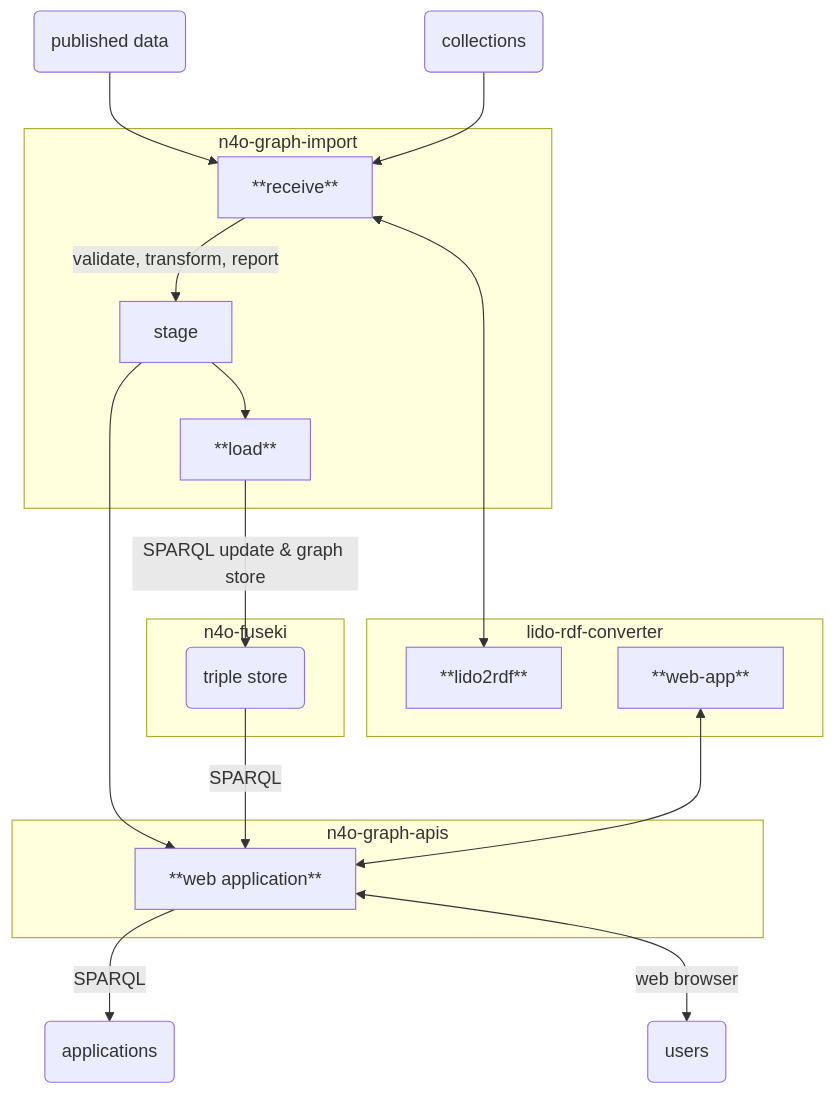
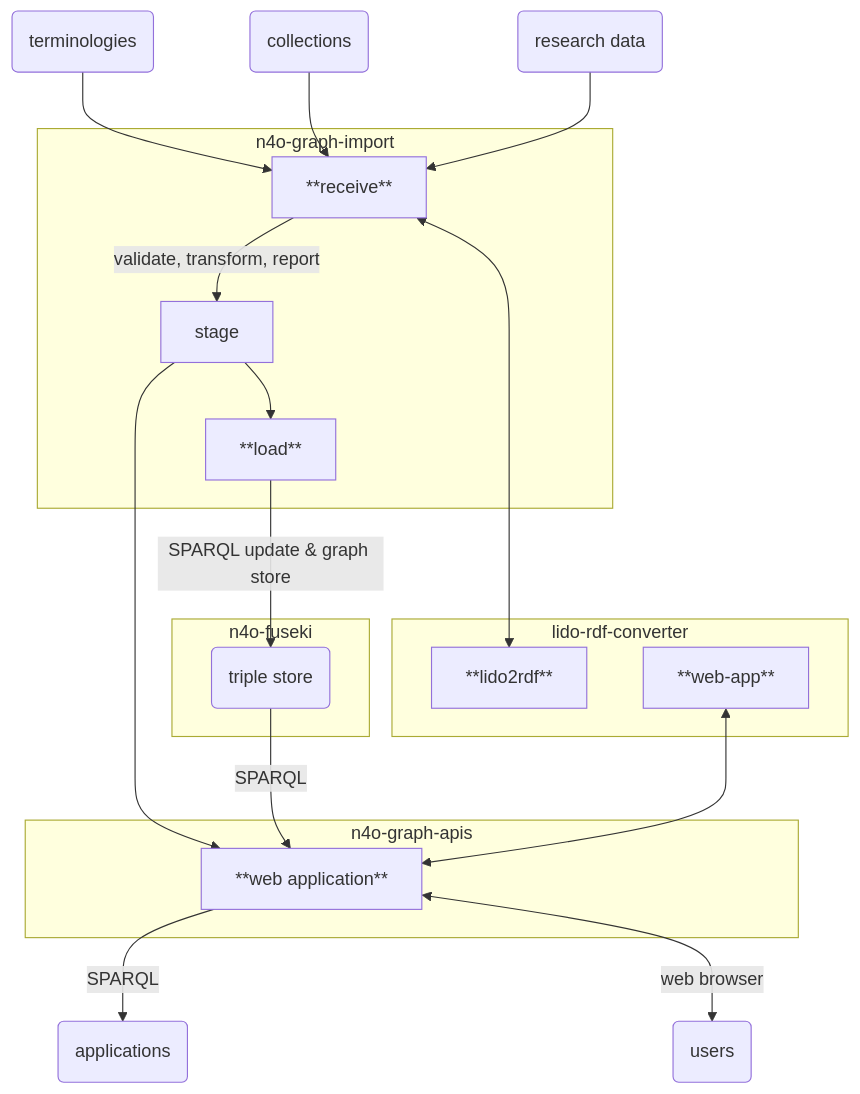
One commit to nfdi4objects/n4o-graph-importer changed the diagram in README.md. Above: the diagram before and after it, drawn with Mermaid. The commit also changed other lines of this file and 7 other files, not shown here.

````diff
--- a/README.md
+++ b/README.md
@@ -15,36 +15,34 @@
 ```mermaid
 graph TD
-    collections(collections)
-    data(published data)    
-    apps(applications)
-    data --> receive
-    collections --> receive
+    terminologies(terminologies) --> receive
+    collections(collections) --> receive
+    data(research data) --> receive
 
     subgraph n4o-graph-import
         receive[**receive**]
         receive -- validate, transform, report --> stage
         stage --> load
         load[**load**]
     end
     subgraph n4o-fuseki
         kg(triple store)
     end
     subgraph n4o-graph-apis
         ui[**web application**]
     end
     subgraph lido-rdf-converter
         lido2rdf[**lido2rdf**]
         web-app[**web-app**]
     end
 
     stage --> ui
     kg -- SPARQL --> ui
-    ui -- SPARQL --> apps
+    ui -- SPARQL --> apps(applications)
 
     receive <--> lido2rdf
     load -- SPARQL update & graph store --> kg
 
     web-app <--> ui
 
     ui <--web browser--> users(users)
 ```
````
